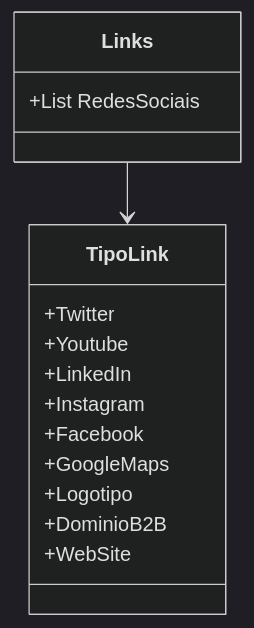
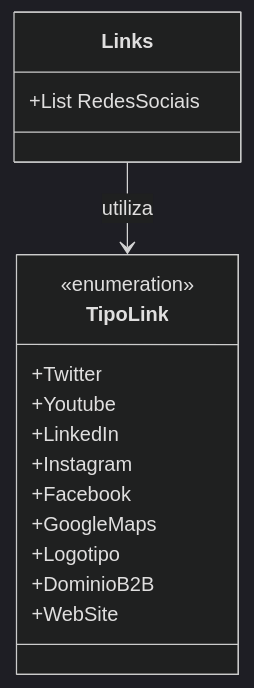
The diagram in docs/b2b-dominio/IsthmusWinthor.Nucleo/IsthmusWinthor.Dominio/Enumeradores/TipoLink.md (IsthmusSistemas/documentacao-tecnica), drawn with Mermaid (dark theme) before and after one commit. The commit also changed other lines of this file and 882 other files, not shown here.

````diff
--- a/docs/b2b-dominio/IsthmusWinthor.Nucleo/IsthmusWinthor.Dominio/Enumeradores/TipoLink.md
+++ b/docs/b2b-dominio/IsthmusWinthor.Nucleo/IsthmusWinthor.Dominio/Enumeradores/TipoLink.md
@@ -27,18 +29,20 @@
 ```mermaid
 classDiagram
     class TipoLink {
+        <<enumeration>>
         +Twitter
         +Youtube
         +LinkedIn
         +Instagram
         +Facebook
         +GoogleMaps
         +Logotipo
         +DominioB2B
         +WebSite
     }
     class Links {
         +List<TipoLink> RedesSociais
     }
-    Links --> TipoLink
+
+    Links --> TipoLink : utiliza
 ```
````
